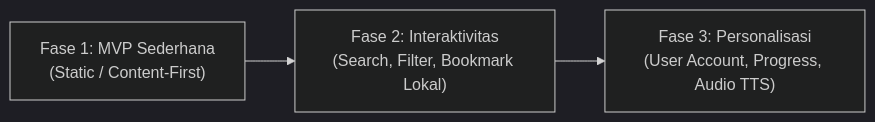
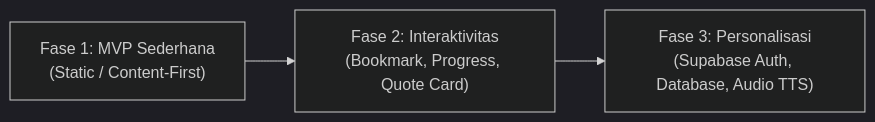
One commit to david-siagian/ringkasnya changed the diagram in PLAN.md. Above: the diagram before and after it, drawn with Mermaid (dark theme). The commit also changed other lines of this file and 2 other files, not shown here.

````diff
--- a/PLAN.md
+++ b/PLAN.md
@@ -51,5 +51,5 @@
 ```mermaid
 flowchart LR
-    A["Fase 1: MVP Sederhana<br/>(Static / Content-First)"] --> B["Fase 2: Interaktivitas<br/>(Search, Filter, Bookmark Lokal)"]
-    B --> C["Fase 3: Personalisasi<br/>(User Account, Progress, Audio TTS)"]
+    A["Fase 1: MVP Sederhana<br/>(Static / Content-First)"] --> B["Fase 2: Interaktivitas<br/>(Bookmark, Progress, Quote Card)"]
+    B --> C["Fase 3: Personalisasi<br/>(Supabase Auth, Database, Audio TTS)"]
 ```
````
